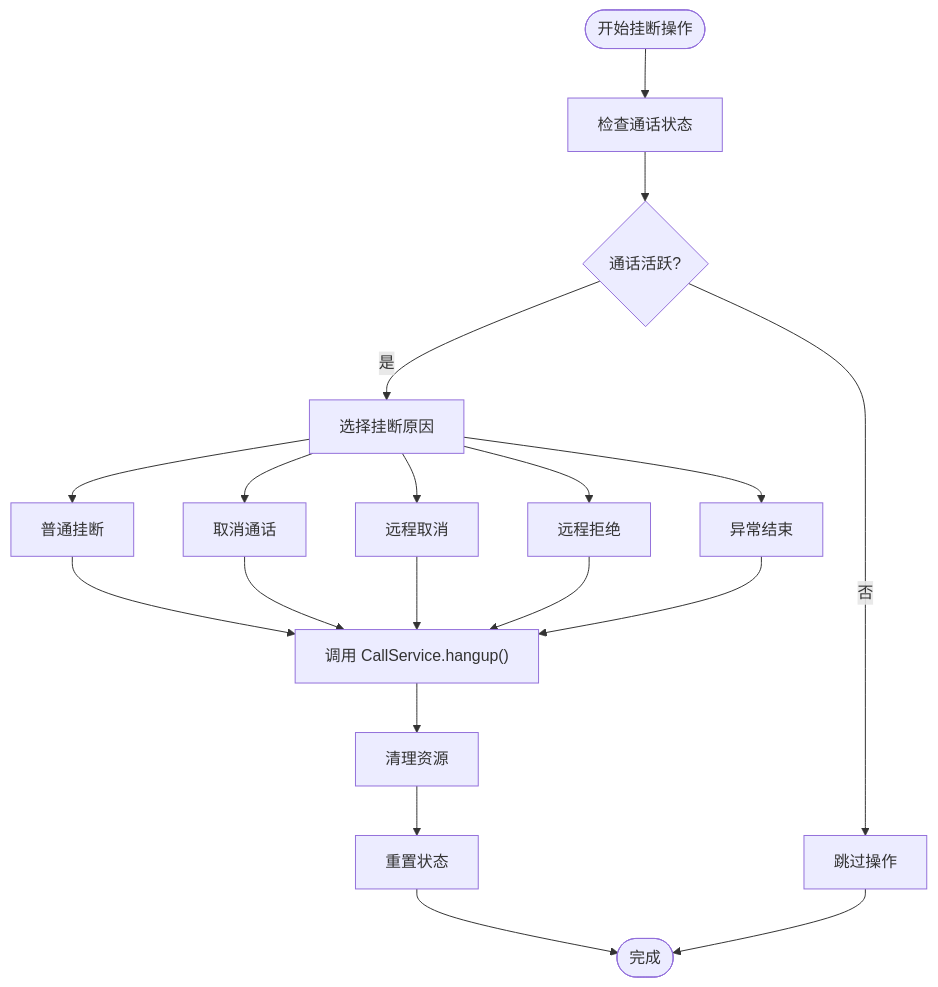
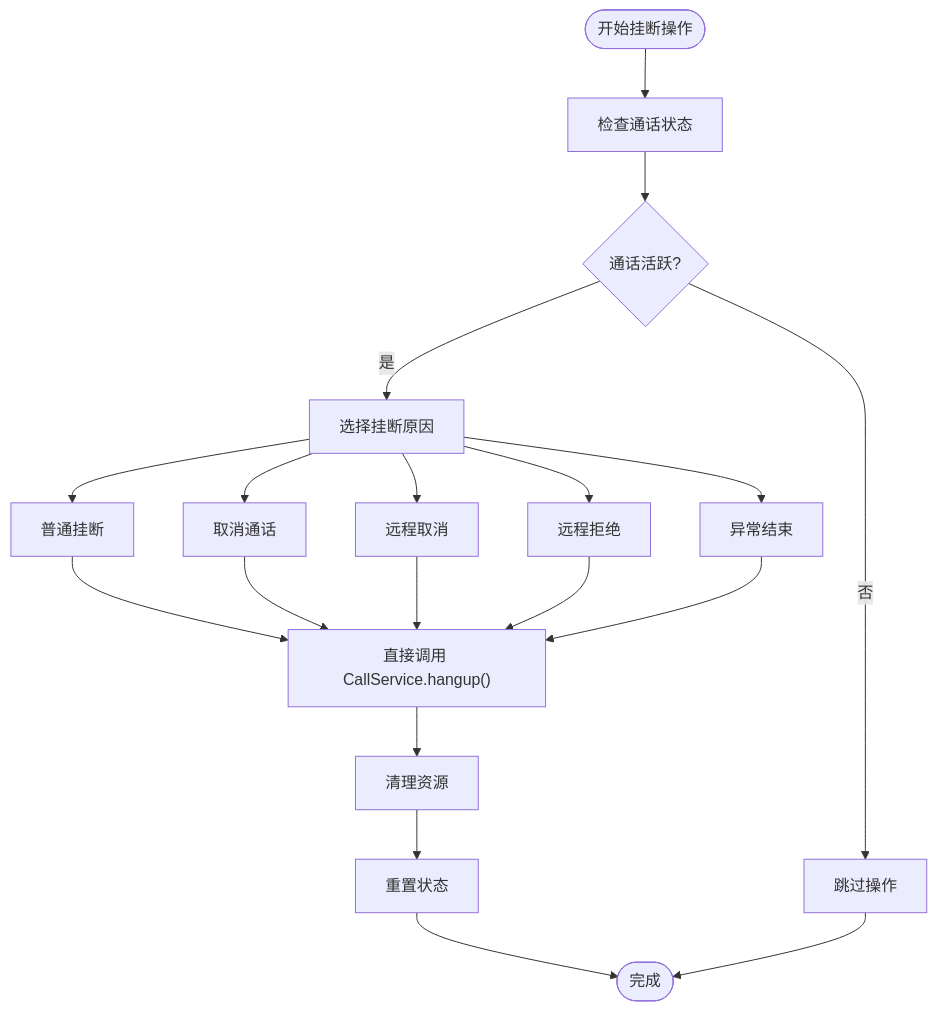
One commit to Easemob-Community/easemob-uikit-callkit-vue3 changed the third of 8 diagrams in .qoder/repowiki/zh/content/组合式 API/通话控制 API.md. Above: the diagram before and after it, drawn with Mermaid. The commit also changed other lines of this file and 40 other files, not shown here.

````diff
--- a/.qoder/repowiki/zh/content/组合式 API/通话控制 API.md
+++ b/.qoder/repowiki/zh/content/组合式 API/通话控制 API.md
@@ -365,21 +262,21 @@
 ```mermaid
 flowchart TD
 Start([开始挂断操作]) --> CheckState["检查通话状态"]
 CheckState --> IsActive{"通话活跃?"}
 IsActive --> |否| Skip["跳过操作"]
 IsActive --> |是| ChooseReason["选择挂断原因"]
 ChooseReason --> Normal["普通挂断"]
 ChooseReason --> Cancel["取消通话"]
 ChooseReason --> RemoteCancel["远程取消"]
 ChooseReason --> RemoteRefuse["远程拒绝"]
 ChooseReason --> Abnormal["异常结束"]
-Normal --> CallService["调用 CallService.hangup()"]
-Cancel --> CallService
-RemoteCancel --> CallService
-RemoteRefuse --> CallService
-Abnormal --> CallService
-CallService --> Cleanup["清理资源"]
+Normal --> DirectCall["直接调用 CallService.hangup()"]
+Cancel --> DirectCall
+RemoteCancel --> DirectCall
+RemoteRefuse --> DirectCall
+Abnormal --> DirectCall
+DirectCall --> Cleanup["清理资源"]
 Cleanup --> ResetState["重置状态"]
 ResetState --> End([完成])
 Skip --> End
 ```
````
